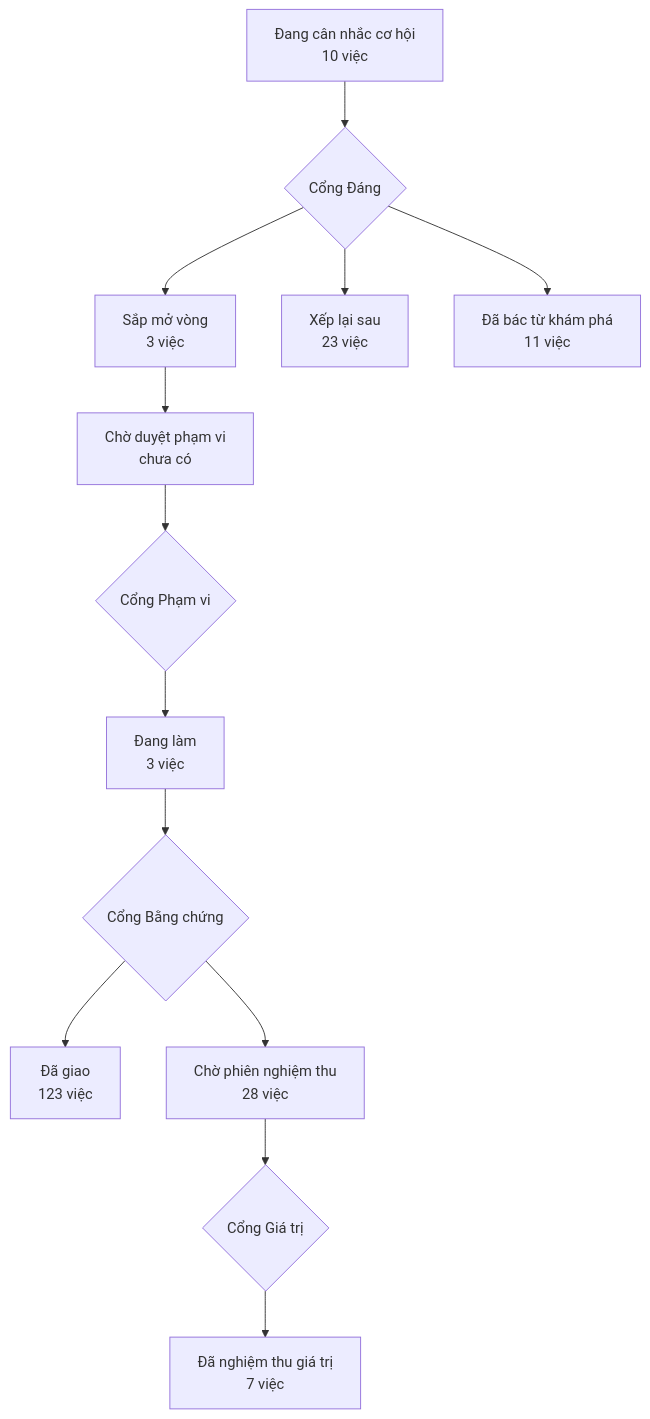
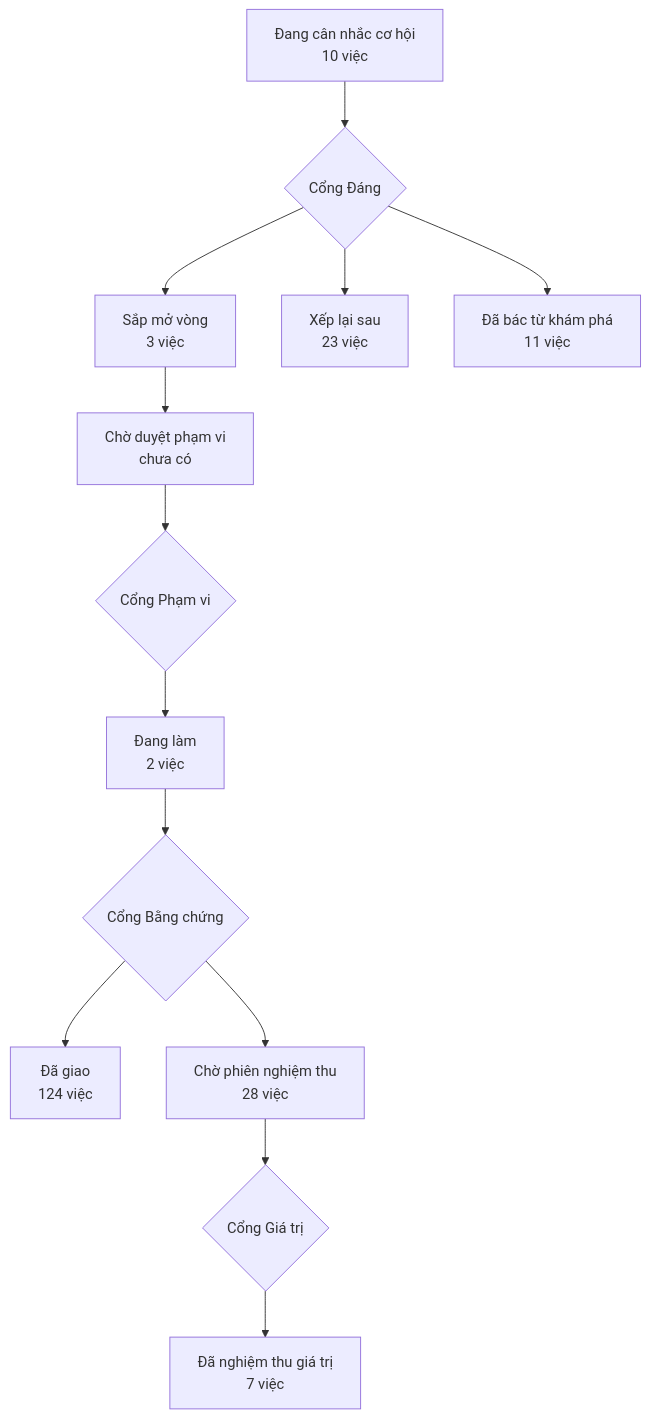
The diagram in PRODUCT-MAP.md (phanlemanh/acceptance-gate-kit), drawn with Mermaid before and after one commit. The commit also changed other lines of this file and 6 other files, not shown here.

````diff
--- a/PRODUCT-MAP.md
+++ b/PRODUCT-MAP.md
@@ -7,12 +7,12 @@
 ```mermaid
 flowchart TD
   A["Đang cân nhắc cơ hội<br/>10 việc"] --> GD{"Cổng Đáng"}
   GD --> B["Sắp mở vòng<br/>3 việc"]
   GD --> XL["Xếp lại sau<br/>23 việc"]
   GD --> DB["Đã bác từ khám phá<br/>11 việc"]
   B --> CD["Chờ duyệt phạm vi<br/>chưa có"] --> GP{"Cổng Phạm vi"}
-  GP --> DL["Đang làm<br/>3 việc"] --> GB{"Cổng Bằng chứng"}
-  GB --> DG["Đã giao<br/>123 việc"]
+  GP --> DL["Đang làm<br/>2 việc"] --> GB{"Cổng Bằng chứng"}
+  GB --> DG["Đã giao<br/>124 việc"]
   GB --> CN["Chờ phiên nghiệm thu<br/>28 việc"] --> GG{"Cổng Giá trị"}
   GG --> NT["Đã nghiệm thu giá trị<br/>7 việc"]
 ```
````
